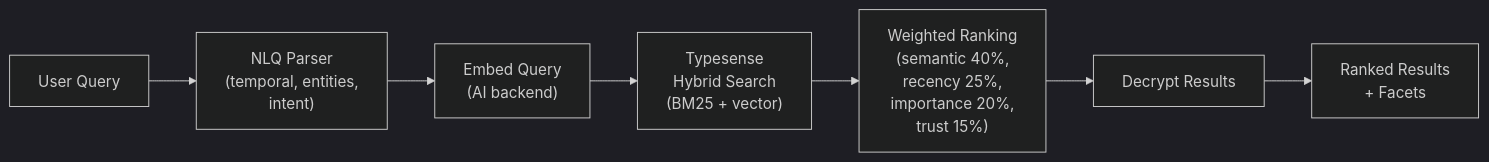
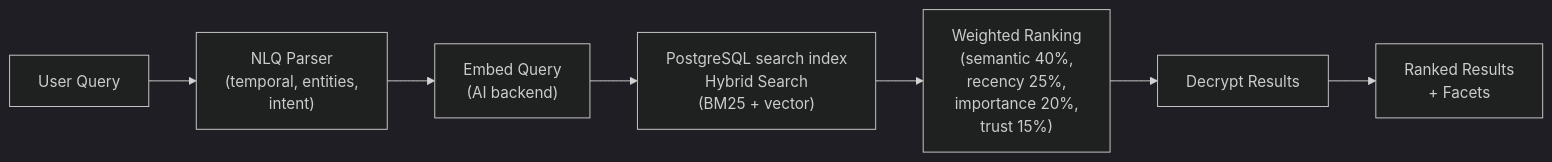
One commit to botmem/botmem changed the fourth of 5 diagrams in docs/architecture/HLD.md. Above: the diagram before and after it, drawn with Mermaid (dark theme). The commit also changed other lines of this file and 117 other files, not shown here.

Commit message:
feat: move search index into postgres

````diff
--- a/docs/architecture/HLD.md
+++ b/docs/architecture/HLD.md
@@ -164,9 +164,9 @@
 ```mermaid
 flowchart LR
     Q["User Query"] --> NLQ["NLQ Parser<br/>(temporal, entities,<br/>intent)"]
     NLQ --> EMB["Embed Query<br/>(AI backend)"]
-    EMB --> TS["Typesense<br/>Hybrid Search<br/>(BM25 + vector)"]
+    EMB --> TS["PostgreSQL search index<br/>Hybrid Search<br/>(BM25 + vector)"]
     TS --> RANK["Weighted Ranking<br/>(semantic 40%,<br/>recency 25%,<br/>importance 20%,<br/>trust 15%)"]
     RANK --> DEC["Decrypt Results"]
     DEC --> RES["Ranked Results<br/>+ Facets"]
 ```
````
